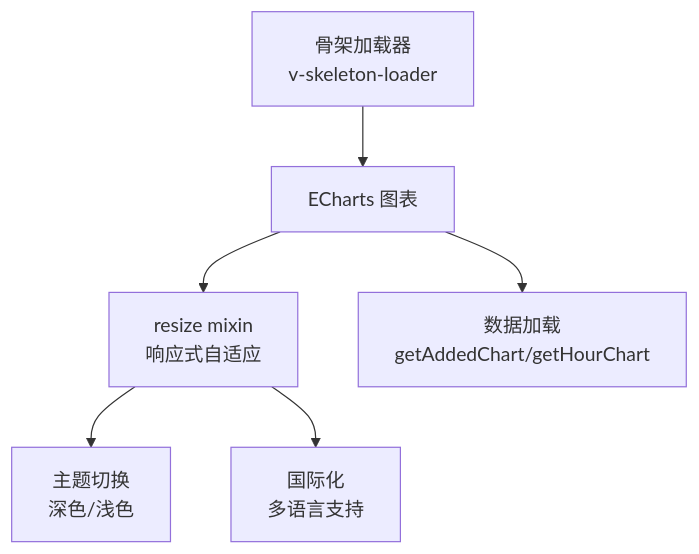
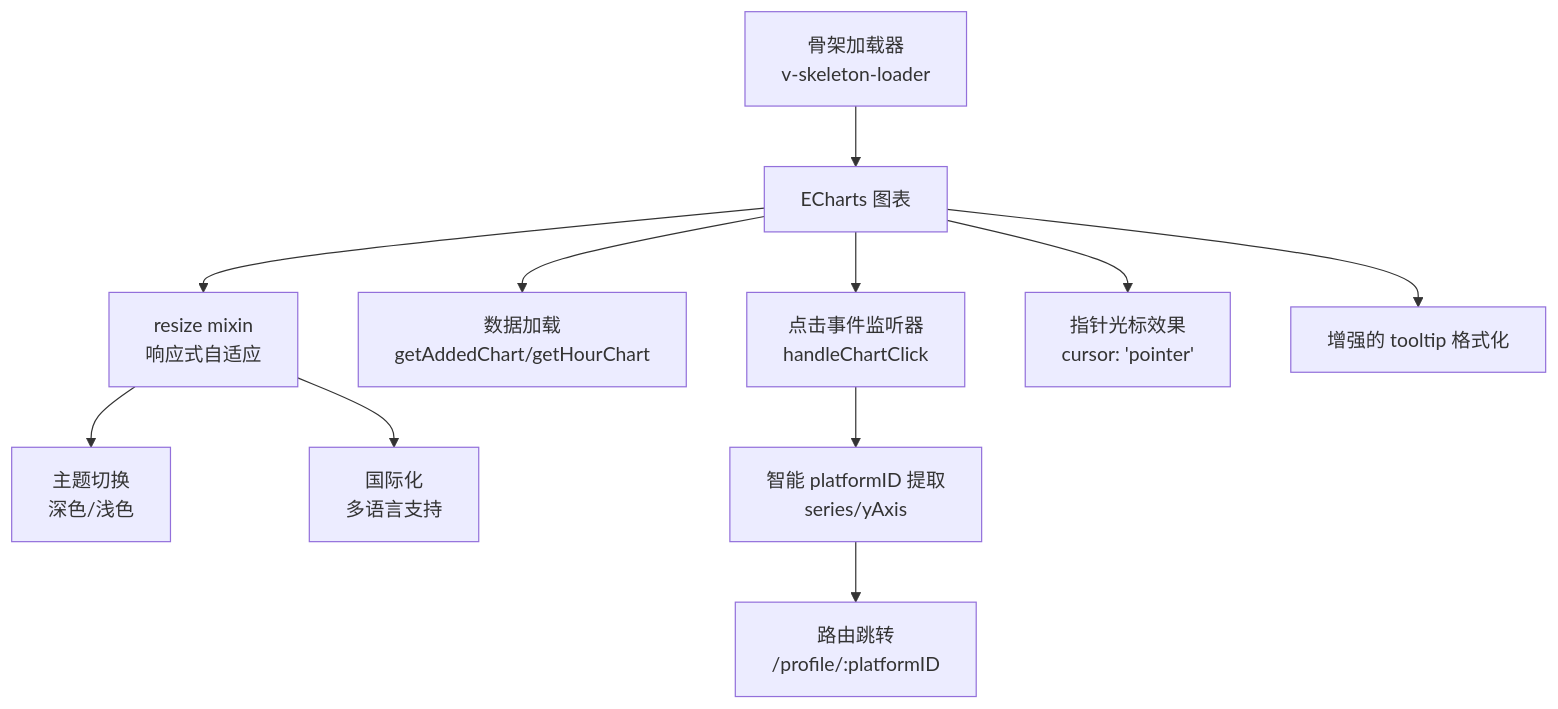
The tenth of 14 diagrams in .qoder/repowiki/zh/content/前端应用/UI 组件库/UI 组件库.md (TinyMaD/SpeedRunnersLab), drawn with Mermaid before and after one commit. The commit also changed other lines of this file and 5 other files, not shown here.

````diff
--- a/.qoder/repowiki/zh/content/前端应用/UI 组件库/UI 组件库.md
+++ b/.qoder/repowiki/zh/content/前端应用/UI 组件库/UI 组件库.md
@@ -430,8 +438,13 @@
 ```mermaid
 flowchart TD
 Skeleton["骨架加载器<br/>v-skeleton-loader"] --> Chart["ECharts 图表"]
 Chart --> Resize["resize mixin<br/>响应式自适应"]
 Resize --> Theme["主题切换<br/>深色/浅色"]
 Resize --> I18n["国际化<br/>多语言支持"]
 Chart --> Data["数据加载<br/>getAddedChart/getHourChart"]
+Chart --> Click["点击事件监听器<br/>handleChartClick"]
+Click --> PlatformID["智能 platformID 提取<br/>series/yAxis"]
+PlatformID --> Router["路由跳转<br/>/profile/:platformID"]
+Chart --> Cursor["指针光标效果<br/>cursor: 'pointer'"]
+Chart --> Tooltip["增强的 tooltip 格式化"]
 ```
````
